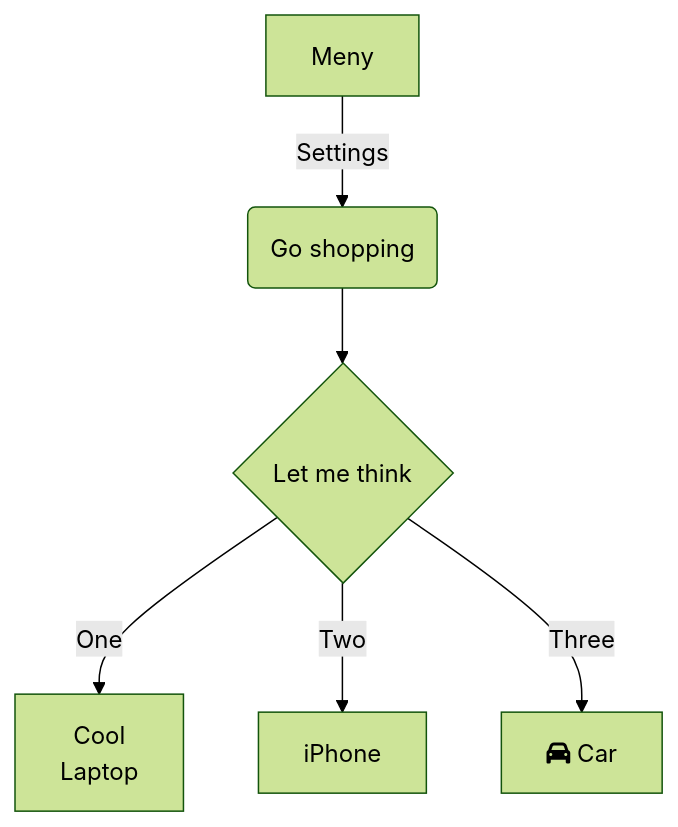
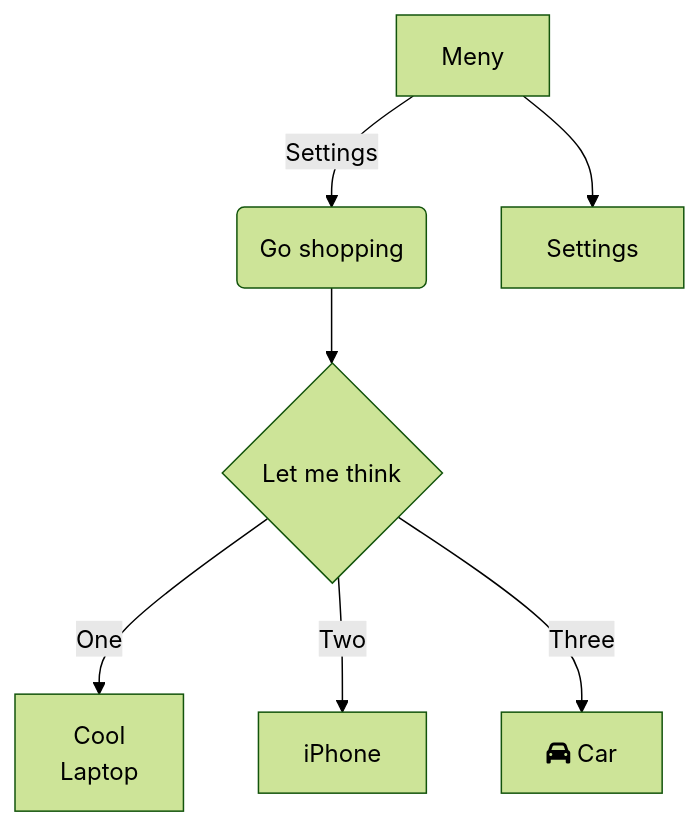
The diagram in Dokumentation/Planering.mmd (WilleGyr/Project-Intro-Ingenjorsarbete), drawn with Mermaid (forest theme) before and after one commit.

```diff
--- a/Dokumentation/Planering.mmd
+++ b/Dokumentation/Planering.mmd
@@ -1,6 +1,7 @@
 graph TD
     A[Meny] -->|Settings| B(Go shopping)
+    A[Meny] --> Settings
     B --> C{Let me think}
     C -->|One| D["Cool <br> Laptop"]
     C -->|Two| E[iPhone]
     C -->|Three| F[fa:fa-car Car]
```
